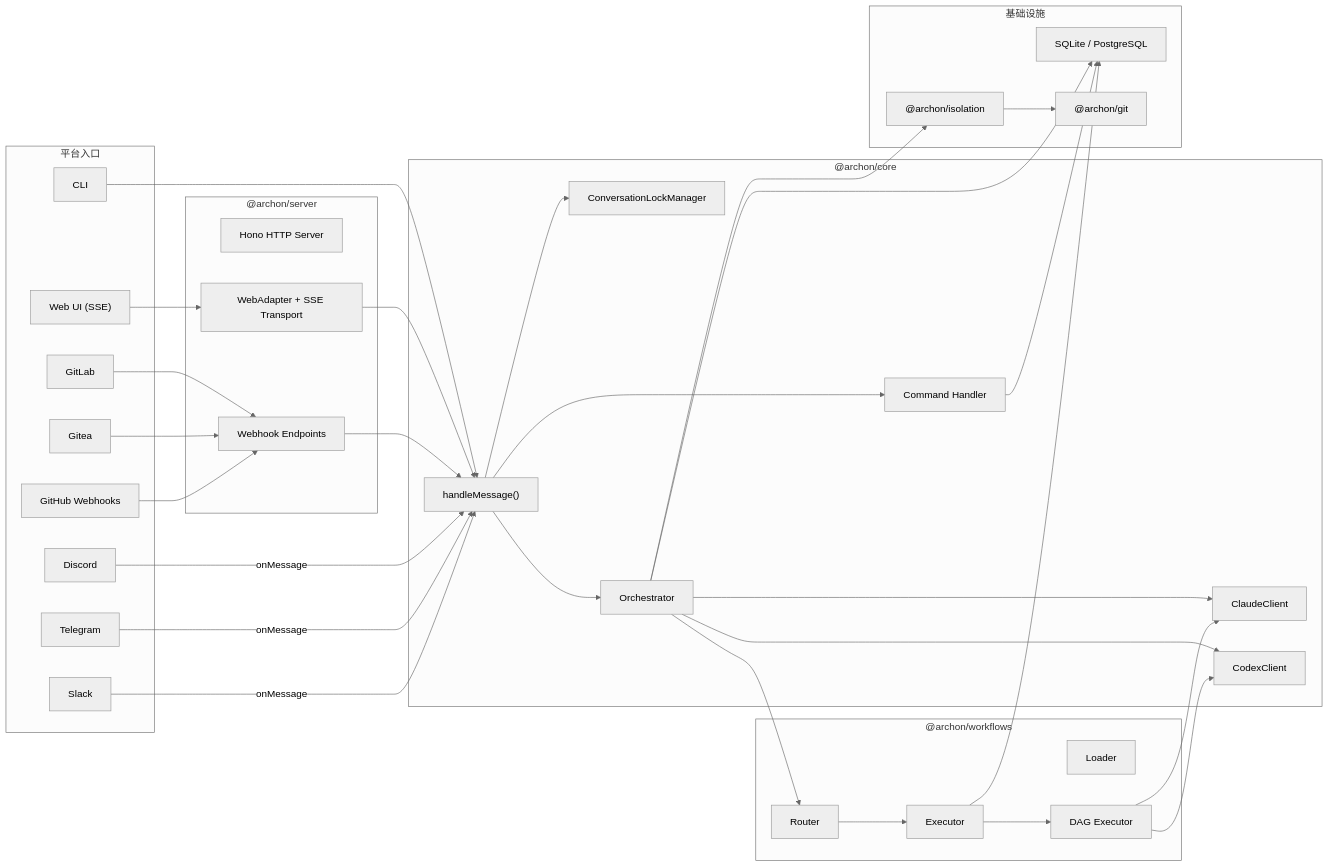
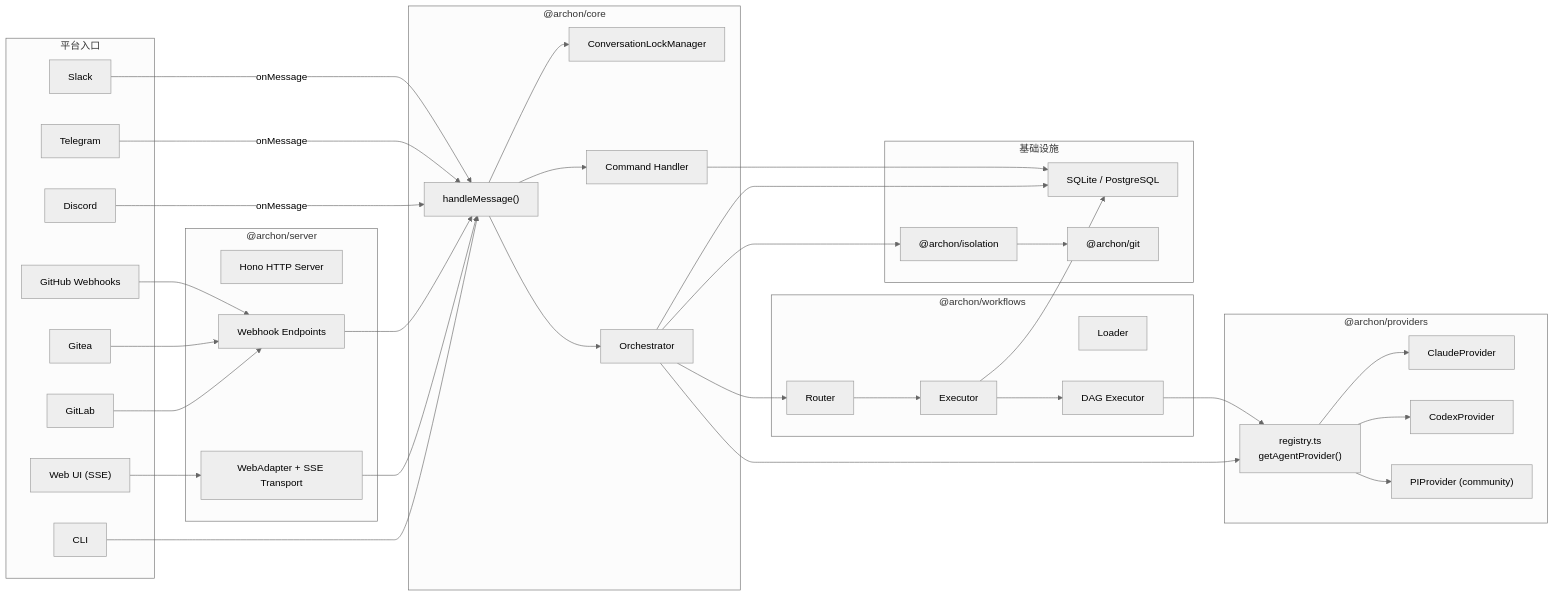
One commit to ljie-PI/code-deep-dive changed the second of 2 diagrams in archon/01-overview.md. Above: the diagram before and after it, drawn with Mermaid. The commit also changed other lines of this file and 13 other files, not shown here.

````diff
--- a/archon/01-overview.md
+++ b/archon/01-overview.md
@@ -99,60 +106,66 @@
 ```mermaid
 %%{init: {'theme': 'neutral'}}%%
 graph LR
     subgraph Platforms["平台入口"]
         Slack
         Telegram
         Discord
         GitHub["GitHub Webhooks"]
         Gitea
         GitLab
         WebUI["Web UI (SSE)"]
         CLI["CLI"]
     end
 
     subgraph Server["@archon/server"]
         Hono["Hono HTTP Server"]
         WebAdapter["WebAdapter + SSE Transport"]
         Webhooks["Webhook Endpoints"]
     end
 
     subgraph Core["@archon/core"]
         LockMgr["ConversationLockManager"]
         HandleMsg["handleMessage()"]
         CmdHandler["Command Handler"]
         Orchestrator["Orchestrator"]
-        ClaudeClient["ClaudeClient"]
-        CodexClient["CodexClient"]
+    end
+
+    subgraph Providers["@archon/providers"]
+        Registry["registry.ts<br/>getAgentProvider()"]
+        ClaudeProvider["ClaudeProvider"]
+        CodexProvider["CodexProvider"]
+        PIProvider["PIProvider (community)"]
     end
 
     subgraph Engine["@archon/workflows"]
         Router["Router"]
         Loader["Loader"]
         Executor["Executor"]
         DAGExec["DAG Executor"]
     end
 
     subgraph Infra["基础设施"]
         DB["SQLite / PostgreSQL"]
         GitOps["@archon/git"]
         Isolation["@archon/isolation"]
     end
 
     Slack & Telegram & Discord --> |onMessage| HandleMsg
     GitHub & Gitea & GitLab --> Webhooks --> HandleMsg
     WebUI --> WebAdapter --> HandleMsg
     CLI --> HandleMsg
 
     HandleMsg --> LockMgr
     HandleMsg --> CmdHandler
     HandleMsg --> Orchestrator
     Orchestrator --> Router
     Router --> Executor
     Executor --> DAGExec
-    DAGExec --> ClaudeClient & CodexClient
-    Orchestrator --> ClaudeClient & CodexClient
+    DAGExec --> Registry
+    Orchestrator --> Registry
+    Registry --> ClaudeProvider & CodexProvider & PIProvider
 
     CmdHandler & Orchestrator --> DB
     Executor --> DB
     Orchestrator --> Isolation --> GitOps
 ```
````
